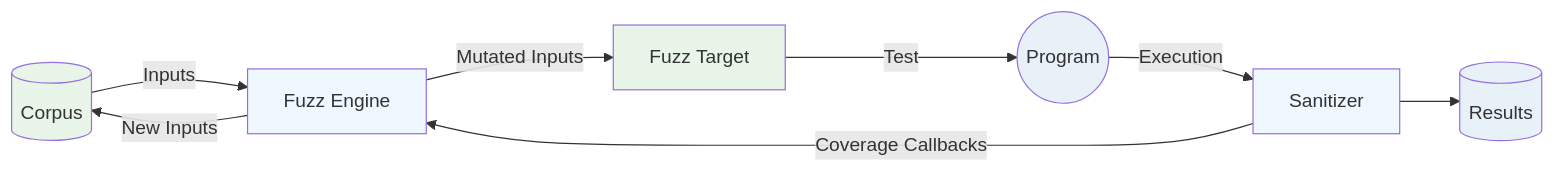
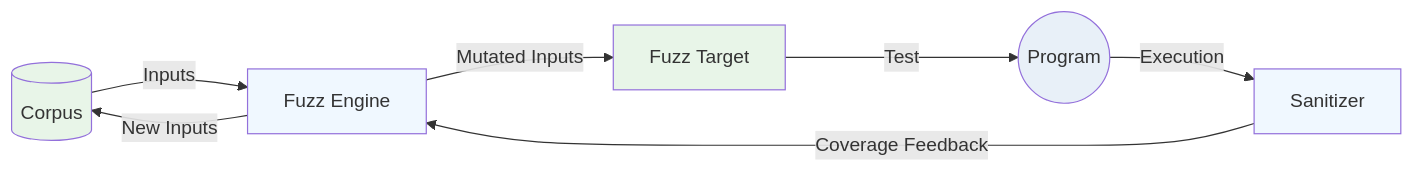
The first of 2 diagrams in slides.md (erickcestari/differential-fuzzing-slides-btcplusplus), drawn with Mermaid before and after one commit. The commit also changed other lines of this file, not shown here.

Commit message:
feat: add differential fuzzing diagram

````diff
--- a/slides.md
+++ b/slides.md
@@ -187,18 +188,16 @@
 ```mermaid
 graph LR
     A[(Corpus)] --> |Inputs| B[Fuzz Engine]
     B --> |Mutated Inputs| C[Fuzz Target]
     C --> |Test| D((Program))
     D --> |Execution| E[Sanitizer]
-    E --> F[(Results)]
     
     B --> |New Inputs| A
-    E --> |Coverage Callbacks| B
+    E --> |Coverage Feedback| B
 
     style A fill:#e8f5e8
-    style F fill:#e8f0f8
     style B fill:#f0f8ff
     style C fill:#e8f5e8
     style D fill:#e8f0f8
     style E fill:#f0f8ff
 ```
````
